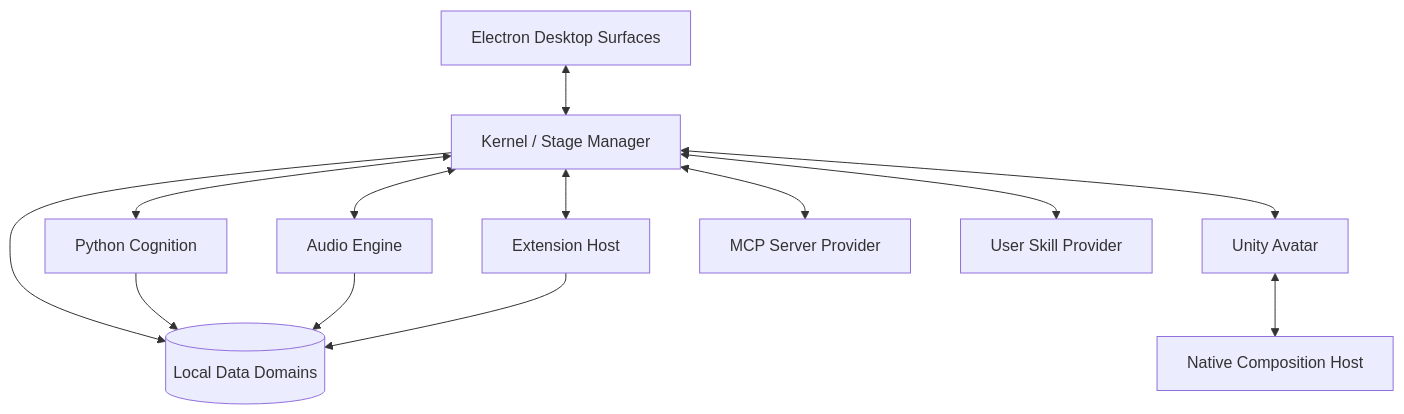
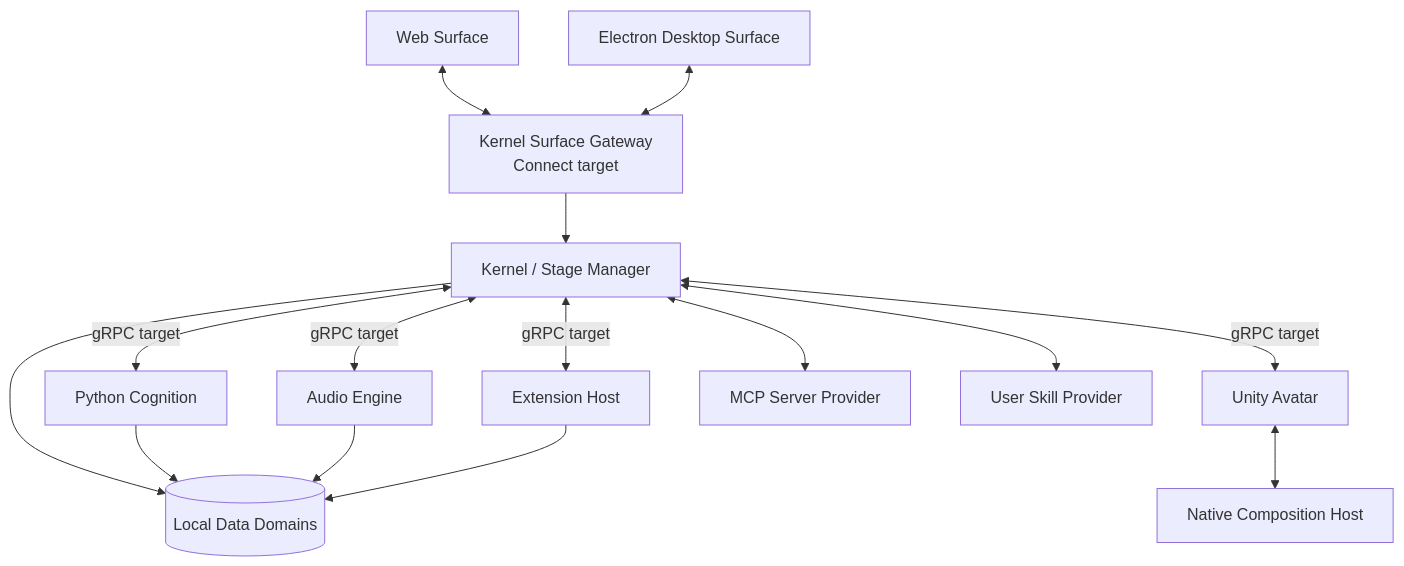
One commit to lociere/glimmer-cradle changed the third of 4 diagrams in docs/architecture/blueprint/微光摇篮架构蓝图.md. Above: the diagram before and after it, drawn with Mermaid. The commit also changed other lines of this file and 7 other files, not shown here.

````diff
--- a/docs/architecture/blueprint/微光摇篮架构蓝图.md
+++ b/docs/architecture/blueprint/微光摇篮架构蓝图.md
@@ -285,26 +287,30 @@
 ```mermaid
 flowchart TB
-  Desktop[Electron Desktop Surfaces]
+  Web[Web Surface]
+  Desktop[Electron Desktop Surface]
+  Gateway[Kernel Surface Gateway<br/>Connect target]
   Kernel[Kernel / Stage Manager]
   Cognition[Python Cognition]
   Audio[Audio Engine]
   Avatar[Unity Avatar]
   Native[Native Composition Host]
   Ext[Extension Host]
   MCP[MCP Server Provider]
   UserSkill[User Skill Provider]
   Data[(Local Data Domains)]
 
-  Desktop <--> Kernel
-  Kernel <--> Cognition
-  Kernel <--> Audio
-  Kernel <--> Avatar
+  Web <--> Gateway
+  Desktop <--> Gateway
+  Gateway --> Kernel
+  Kernel <-->|gRPC target| Cognition
+  Kernel <-->|gRPC target| Audio
+  Kernel <-->|gRPC target| Avatar
   Avatar <--> Native
-  Kernel <--> Ext
+  Kernel <-->|gRPC target| Ext
   Kernel <--> MCP
   Kernel <--> UserSkill
   Kernel --> Data
   Cognition --> Data
   Audio --> Data
   Ext --> Data
 ```
````
